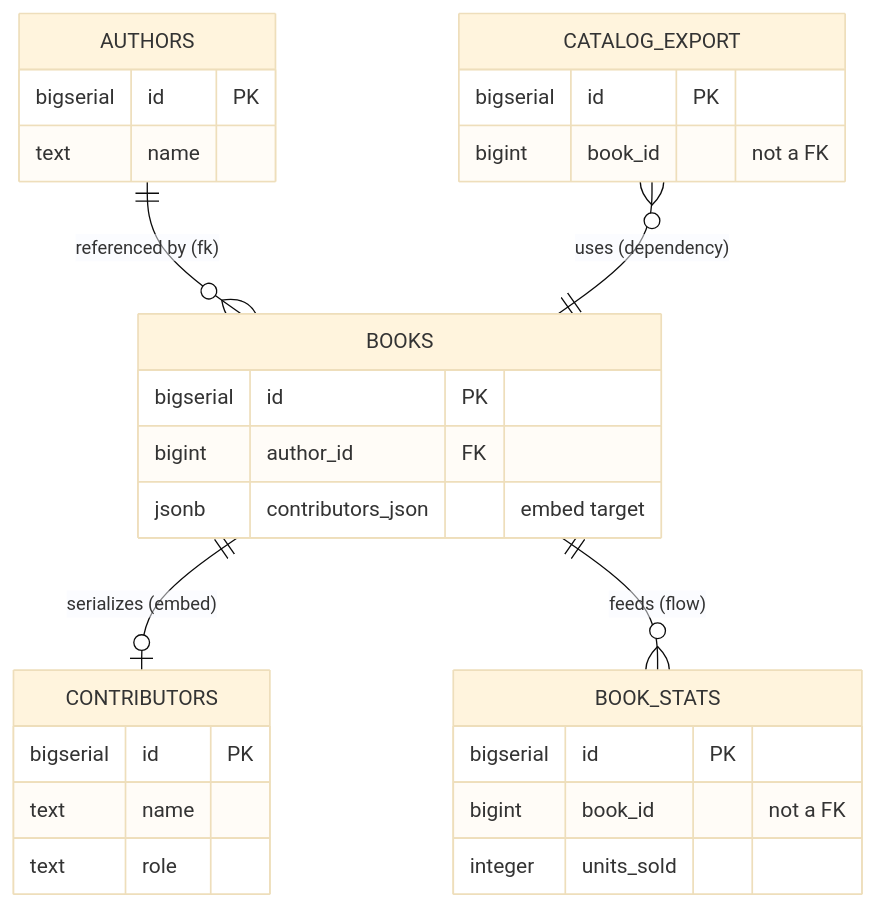
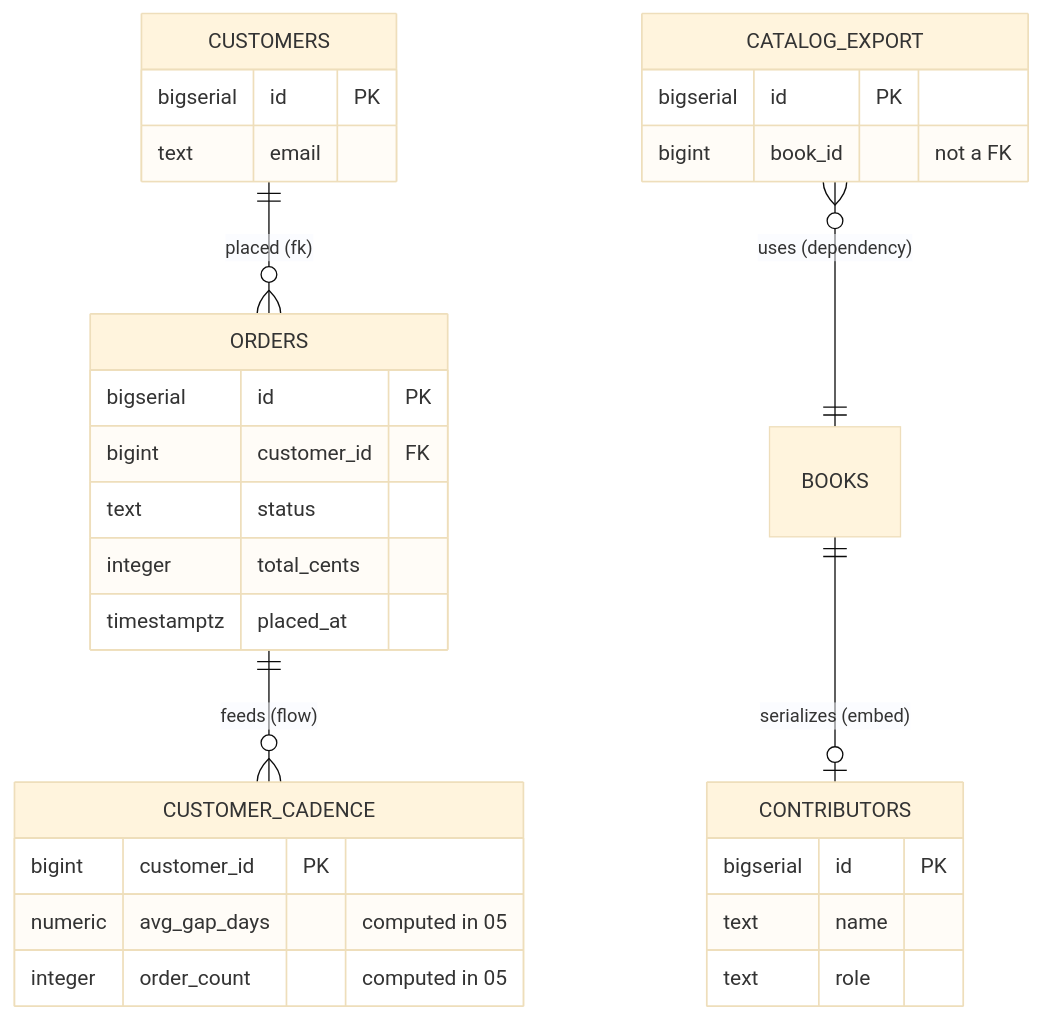
The diagram in docs/walkthroughs/02-connect-two-tables.md (zemarsil/DatabaseVisualizer), drawn with Mermaid (base theme) before and after one commit. The commit also changed other lines of this file and 43 other files, not shown here.

````diff
--- a/docs/walkthroughs/02-connect-two-tables.md
+++ b/docs/walkthroughs/02-connect-two-tables.md
@@ -46,30 +50,32 @@
 ```mermaid
 erDiagram
-    AUTHORS ||--o{ BOOKS : "referenced by (fk)"
+    CUSTOMERS ||--o{ ORDERS : "placed (fk)"
     BOOKS ||--o| CONTRIBUTORS : "serializes (embed)"
-    BOOKS ||--o{ BOOK_STATS : "feeds (flow)"
+    ORDERS ||--o{ CUSTOMER_CADENCE : "feeds (flow)"
     CATALOG_EXPORT }o--|| BOOKS : "uses (dependency)"
-    AUTHORS {
+    CUSTOMERS {
         bigserial id PK
-        text name
+        text email
     }
-    BOOKS {
+    ORDERS {
         bigserial id PK
-        bigint author_id FK
-        jsonb contributors_json "embed target"
+        bigint customer_id FK
+        text status
+        integer total_cents
+        timestamptz placed_at
     }
     CONTRIBUTORS {
         bigserial id PK
         text name
         text role
     }
-    BOOK_STATS {
-        bigserial id PK
-        bigint book_id "not a FK"
-        integer units_sold
+    CUSTOMER_CADENCE {
+        bigint customer_id PK
+        numeric avg_gap_days "computed in 05"
+        integer order_count "computed in 05"
     }
     CATALOG_EXPORT {
         bigserial id PK
         bigint book_id "not a FK"
     }
 ```
````
